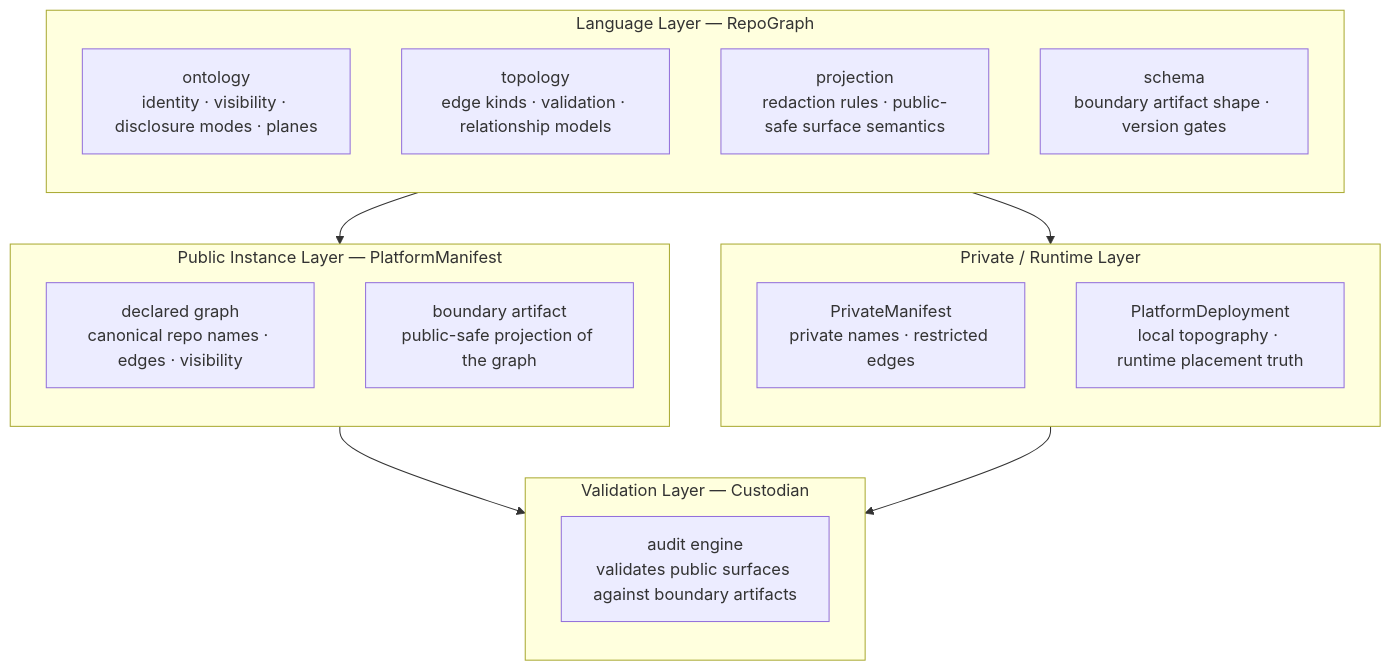
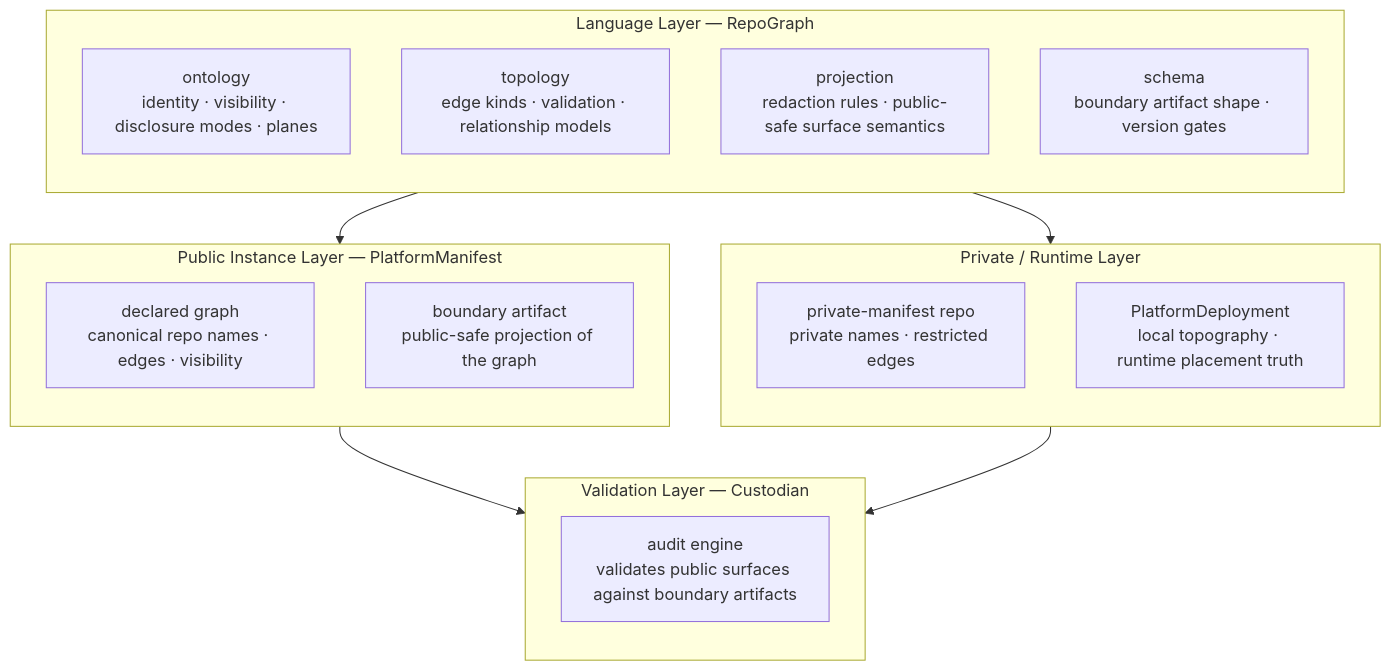
One commit to ProtocolWarden/ProtocolWarden.github.io changed the diagram in docs/diagrams/ecosystem/graph-layer-stack.md. Above: the diagram before and after it, drawn with Mermaid. The commit also changed other lines of this file and 2 other files, not shown here.

Commit message:
refactor: generalize private-manifest instance refs to role phrasing (#13)
Part of the fleet-wide private-manifest role generalization
(PlatformManifest docs/architecture/private-manifest-role-generalization.md):
the pre-push hook drops its literal instance candidate path (the generic
dist/policy globs resolve the same boundary artifact — verified), and any
doc/config prose naming the repo instance now names the role.

````diff
--- a/docs/diagrams/ecosystem/graph-layer-stack.md
+++ b/docs/diagrams/ecosystem/graph-layer-stack.md
@@ -6,32 +6,32 @@
 ```mermaid
 graph TB
   subgraph lang["Language Layer — RepoGraph"]
     direction TB
     ONT["ontology<br/>identity · visibility · disclosure modes · planes"]
     TOP["topology<br/>edge kinds · validation · relationship models"]
     PROJ["projection<br/>redaction rules · public-safe surface semantics"]
     SCH["schema<br/>boundary artifact shape · version gates"]
   end
 
   subgraph pub["Public Instance Layer — PlatformManifest"]
     direction TB
     DECL["declared graph<br/>canonical repo names · edges · visibility"]
     ART["boundary artifact<br/>public-safe projection of the graph"]
   end
 
   subgraph priv["Private / Runtime Layer"]
     direction TB
-    PM_PRIV["PrivateManifest<br/>private names · restricted edges"]
+    PM_PRIV["private-manifest repo<br/>private names · restricted edges"]
     PD["PlatformDeployment<br/>local topography · runtime placement truth"]
   end
 
   subgraph val["Validation Layer — Custodian"]
     direction TB
     CU["audit engine<br/>validates public surfaces against boundary artifacts"]
   end
 
   lang --> pub
   lang --> priv
   pub --> val
   priv --> val
 ```
````
